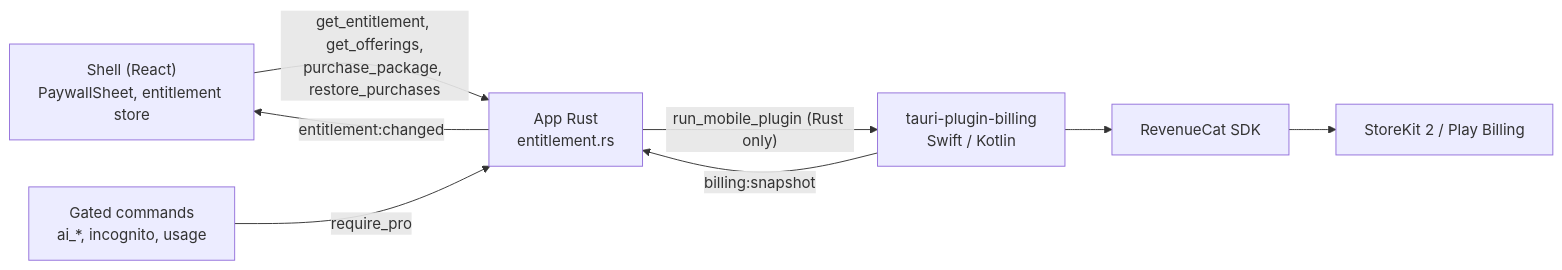
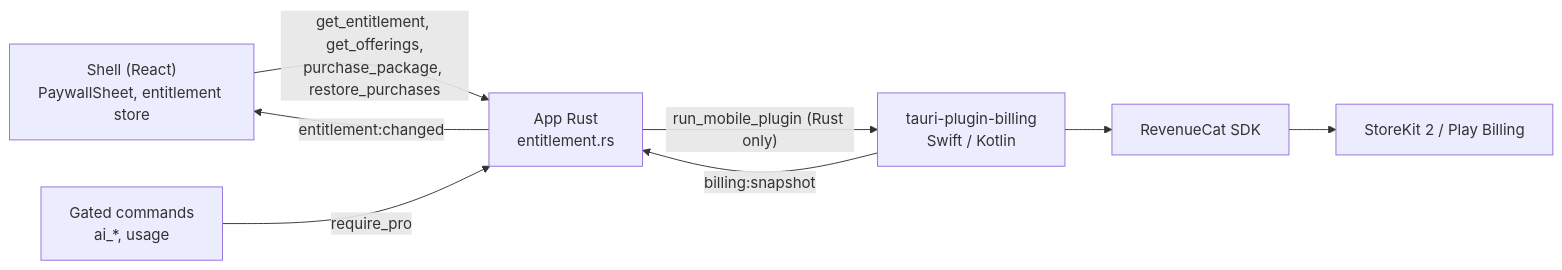
One commit to DFanso/openmedia changed the diagram in docs/wiki/paywall.md. Above: the diagram before and after it, drawn with Mermaid. The commit also changed other lines of this file and 76 other files, not shown here.

````diff
--- a/docs/wiki/paywall.md
+++ b/docs/wiki/paywall.md
@@ -34,10 +31,10 @@
 ```mermaid
 flowchart LR
   Shell["Shell (React)\nPaywallSheet, entitlement store"] -- "get_entitlement, get_offerings,\npurchase_package, restore_purchases" --> App["App Rust\nentitlement.rs"]
   App -- "run_mobile_plugin (Rust only)" --> Plugin["tauri-plugin-billing\nSwift / Kotlin"]
   Plugin --> RC["RevenueCat SDK"]
   RC --> Store["StoreKit 2 / Play Billing"]
   Plugin -- "billing:snapshot" --> App
   App -- "entitlement:changed" --> Shell
-  Gated["Gated commands\nai_*, incognito, usage"] -- "require_pro" --> App
+  Gated["Gated commands\nai_*, usage"] -- "require_pro" --> App
 ```
````
